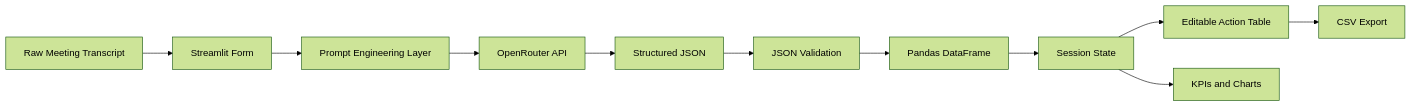
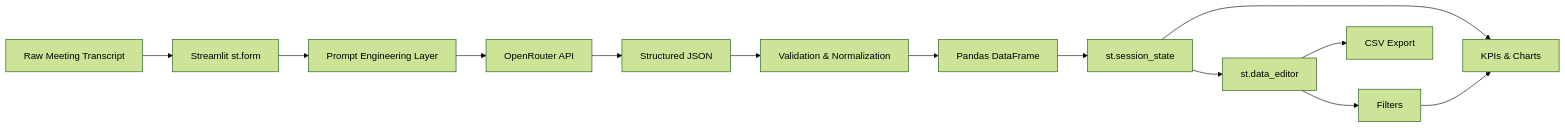
Before and after one commit to coderajnish/actionos-ai-meeting-intelligence: the diagram in README.md, drawn with Mermaid (forest theme). The commit also changed other lines of this file, not shown here.

````diff
--- a/README.md
+++ b/README.md
@@ -41,25 +74,28 @@
 ```mermaid
 flowchart LR
-A[Raw Meeting Transcript]
-B[Streamlit Form]
-C[Prompt Engineering Layer]
-D[OpenRouter API]
-E[Structured JSON]
-F[JSON Validation]
-G[Pandas DataFrame]
-H[Session State]
-I[Editable Action Table]
-J[KPIs and Charts]
-K[CSV Export]
+    A["Raw Meeting Transcript"]
+    B["Streamlit st.form"]
+    C["Prompt Engineering Layer"]
+    D["OpenRouter API"]
+    E["Structured JSON"]
+    F["Validation & Normalization"]
+    G["Pandas DataFrame"]
+    H["st.session_state"]
+    I["st.data_editor"]
+    J["KPIs & Charts"]
+    K["Filters"]
+    L["CSV Export"]
 
-A --> B
-B --> C
-C --> D
-D --> E
-E --> F
-F --> G
-G --> H
-H --> I
-H --> J
-I --> K
+    A --> B
+    B --> C
+    C --> D
+    D --> E
+    E --> F
+    F --> G
+    G --> H
+    H --> I
+    H --> J
+    I --> K
+    I --> L
+    K --> J
 ```
````
